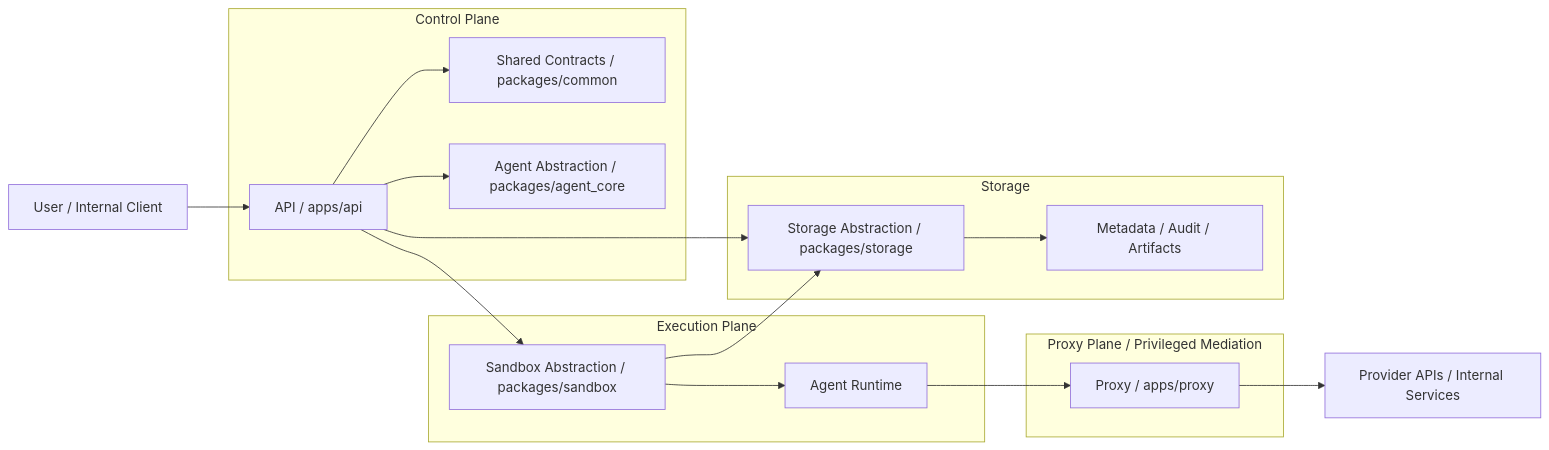
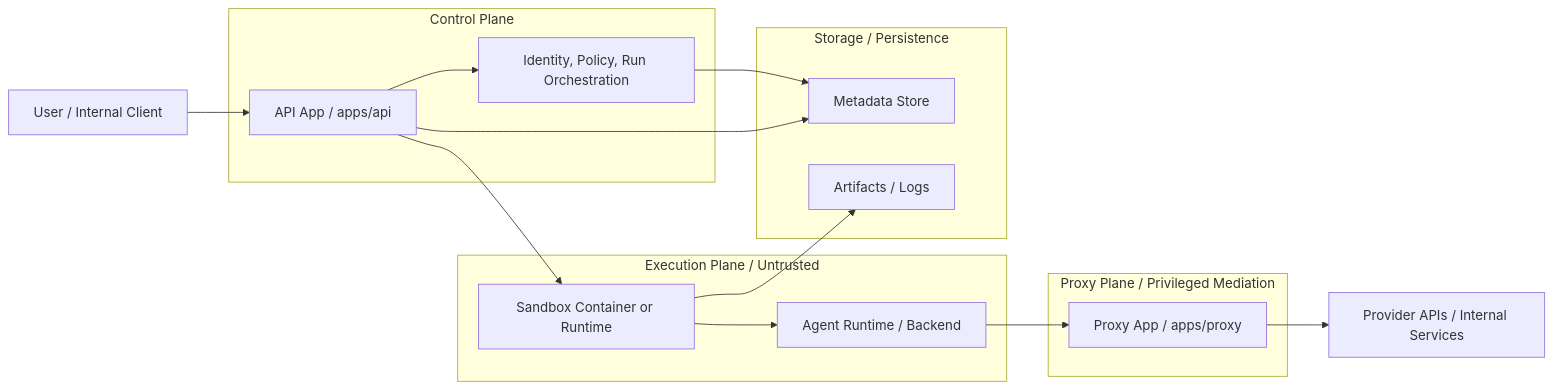
One commit to wontaeJeong/agentsty changed the first of 4 diagrams in docs/architecture.md. Above: the diagram before and after it, drawn with Mermaid. The commit also changed other lines of this file and 1 other file, not shown here.

Commit message:
service diagram

````diff
--- a/docs/architecture.md
+++ b/docs/architecture.md
@@ -17,37 +17,35 @@
 ```mermaid
 flowchart LR
     user[User / Internal Client]
 
     subgraph CP[Control Plane]
-        api[API / apps/api]
-        contracts[Shared Contracts / packages/common]
-        agent[Agent Abstraction / packages/agent_core]
+        api[API App / apps/api]
+        control[Identity, Policy, Run Orchestration]
     end
 
     subgraph PX[Proxy Plane / Privileged Mediation]
-        proxy[Proxy / apps/proxy]
+        proxy[Proxy App / apps/proxy]
     end
 
-    subgraph EP[Execution Plane]
-        sandbox[Sandbox Abstraction / packages/sandbox]
-        runtime[Agent Runtime]
+    subgraph EP[Execution Plane / Untrusted]
+        sandbox[Sandbox Container or Runtime]
+        agent[Agent Runtime / Backend]
     end
 
-    subgraph ST[Storage]
-        storage[Storage Abstraction / packages/storage]
-        audit[Metadata / Audit / Artifacts]
+    subgraph ST[Storage / Persistence]
+        metadata[Metadata Store]
+        artifacts[Artifacts / Logs]
     end
 
     external[Provider APIs / Internal Services]
 
     user --> api
-    api --> contracts
-    api --> agent
+    api --> control
     api --> sandbox
-    sandbox --> runtime
-    runtime --> proxy
+    control --> metadata
+    sandbox --> agent
+    agent --> proxy
     proxy --> external
-    api --> storage
-    sandbox --> storage
-    storage --> audit
+    api --> metadata
+    sandbox --> artifacts
 ```
````
